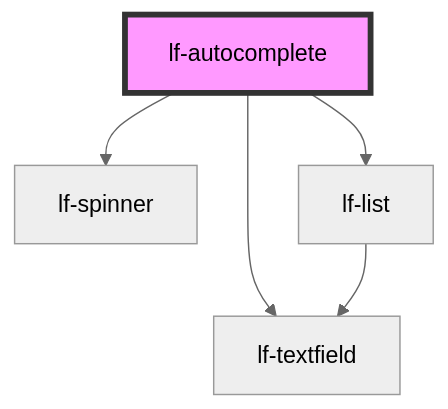
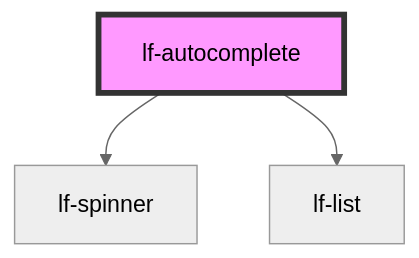
One commit to lucafoscili/lf-widgets changed the diagram in packages/core/src/components/lf-autocomplete/readme.md. Above: the diagram before and after it, drawn with Mermaid (neutral theme). The commit also changed other lines of this file and 96 other files, not shown here.

````diff
--- a/packages/core/src/components/lf-autocomplete/readme.md
+++ b/packages/core/src/components/lf-autocomplete/readme.md
@@ -162,8 +161,6 @@
 ```mermaid
 graph TD;
   lf-autocomplete --> lf-spinner
   lf-autocomplete --> lf-list
-  lf-autocomplete --> lf-textfield
-  lf-list --> lf-textfield
   style lf-autocomplete fill:#f9f,stroke:#333,stroke-width:4px
 ```
````
